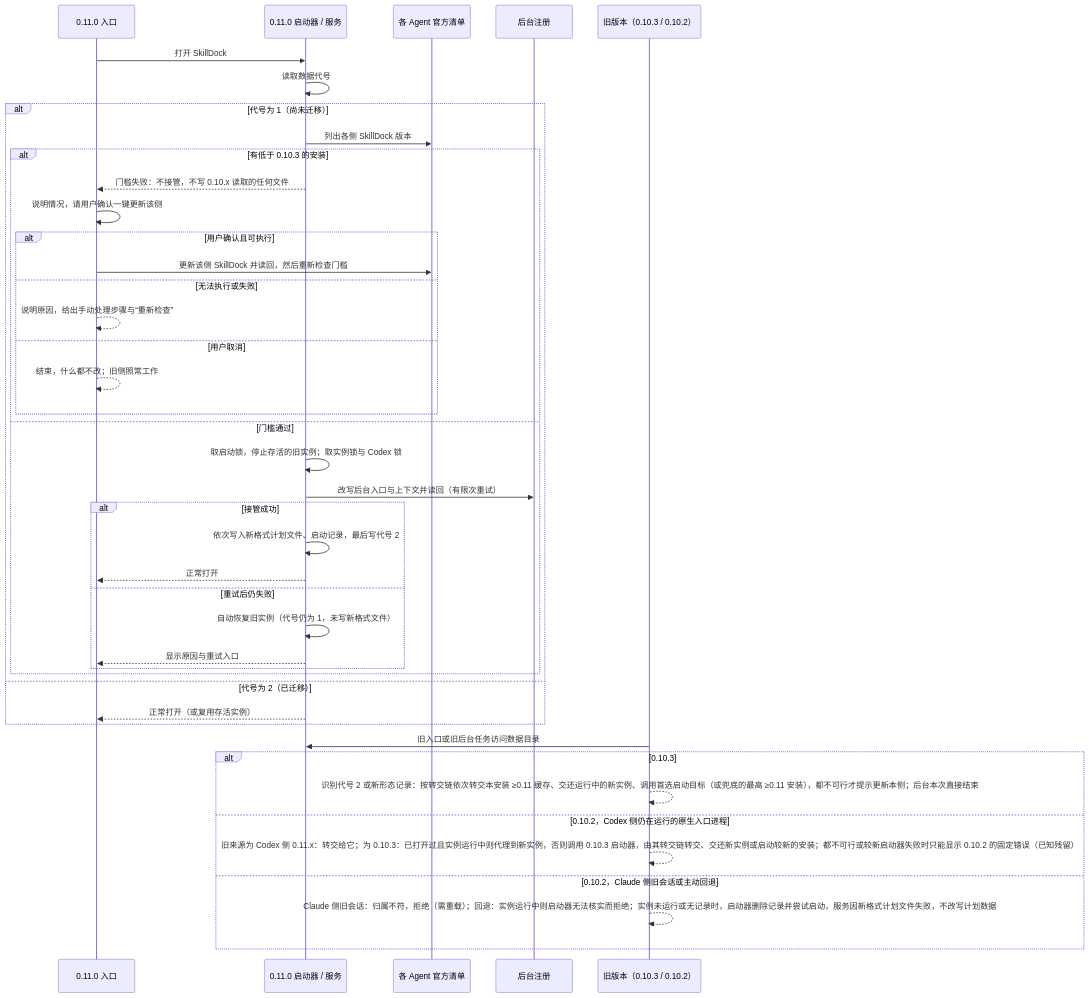
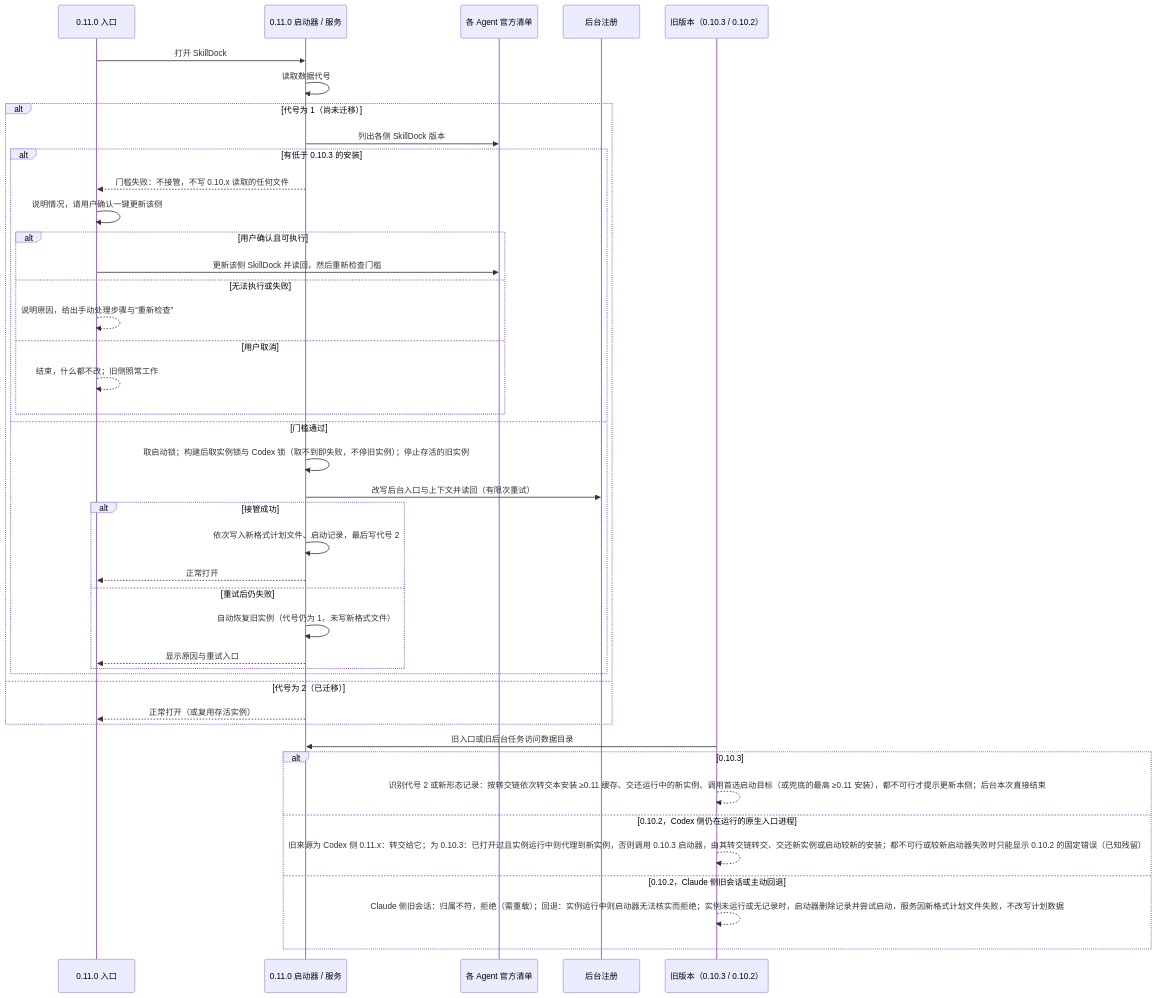
The sixth of 6 diagrams in plugins/skilldock/skills/skill-manager/references/35-cross-agent-hld.md (TestAny-io/testany-agent-skills), drawn with Mermaid before and after one commit. The commit also changed other lines of this file and 6 other files, not shown here.

````diff
--- a/plugins/skilldock/skills/skill-manager/references/35-cross-agent-hld.md
+++ b/plugins/skilldock/skills/skill-manager/references/35-cross-agent-hld.md
@@ -991,44 +991,44 @@
 ```mermaid
 sequenceDiagram
     participant E as 0.11.0 入口
     participant L as 0.11.0 启动器 / 服务
     participant R as 各 Agent 官方清单
     participant B as 后台注册
     participant O as 旧版本（0.10.3 / 0.10.2）
     E->>L: 打开 SkillDock
     L->>L: 读取数据代号
     alt 代号为 1（尚未迁移）
         L->>R: 列出各侧 SkillDock 版本
         alt 有低于 0.10.3 的安装
             L-->>E: 门槛失败：不接管，不写 0.10.x 读取的任何文件
             E->>E: 说明情况，请用户确认一键更新该侧
             alt 用户确认且可执行
                 E->>R: 更新该侧 SkillDock 并读回，然后重新检查门槛
             else 无法执行或失败
                 E-->>E: 说明原因，给出手动处理步骤与“重新检查”
             else 用户取消
                 E-->>E: 结束，什么都不改；旧侧照常工作
             end
         else 门槛通过
-            L->>L: 取启动锁，停止存活的旧实例；取实例锁与 Codex 锁
+            L->>L: 取启动锁；构建后取实例锁与 Codex 锁（取不到即失败，不停旧实例）；停止存活的旧实例
             L->>B: 改写后台入口与上下文并读回（有限次重试）
             alt 接管成功
                 L->>L: 依次写入新格式计划文件、启动记录，最后写代号 2
                 L-->>E: 正常打开
             else 重试后仍失败
                 L->>L: 自动恢复旧实例（代号仍为 1，未写新格式文件）
                 L-->>E: 显示原因与重试入口
             end
         end
     else 代号为 2（已迁移）
         L-->>E: 正常打开（或复用存活实例）
     end
     O->>L: 旧入口或旧后台任务访问数据目录
     alt 0.10.3
         O-->>O: 识别代号 2 或新形态记录：按转交链依次转交本安装 ≥0.11 缓存、交还运行中的新实例、调用首选启动目标（或兜底的最高 ≥0.11 安装），都不可行才提示更新本侧；后台本次直接结束
     else 0.10.2，Codex 侧仍在运行的原生入口进程
         O-->>O: 旧来源为 Codex 侧 0.11.x：转交给它；为 0.10.3：已打开过且实例运行中则代理到新实例，否则调用 0.10.3 启动器，由其转交链转交、交还新实例或启动较新的安装；都不可行或较新启动器失败时只能显示 0.10.2 的固定错误（已知残留）
     else 0.10.2，Claude 侧旧会话或主动回退
         O-->>O: Claude 侧旧会话：归属不符，拒绝（需重载）；回退：实例运行中则启动器无法核实而拒绝；实例未运行或无记录时，启动器删除记录并尝试启动，服务因新格式计划文件失败，不改写计划数据
     end
 ```
````
